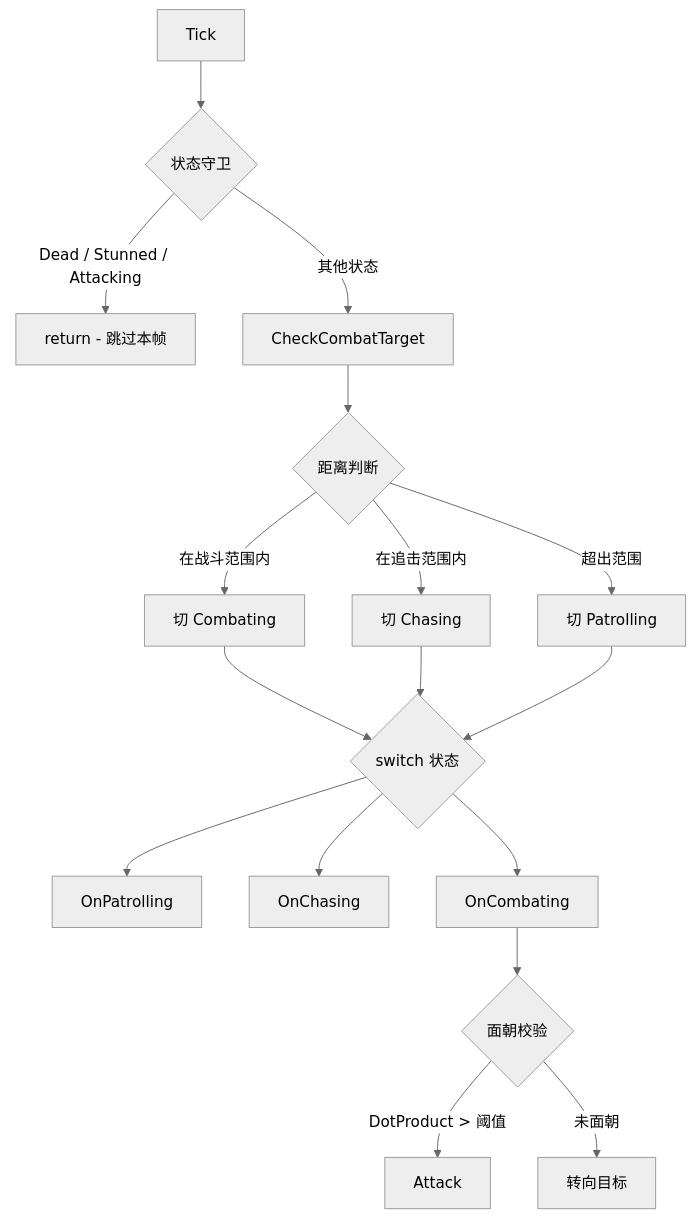
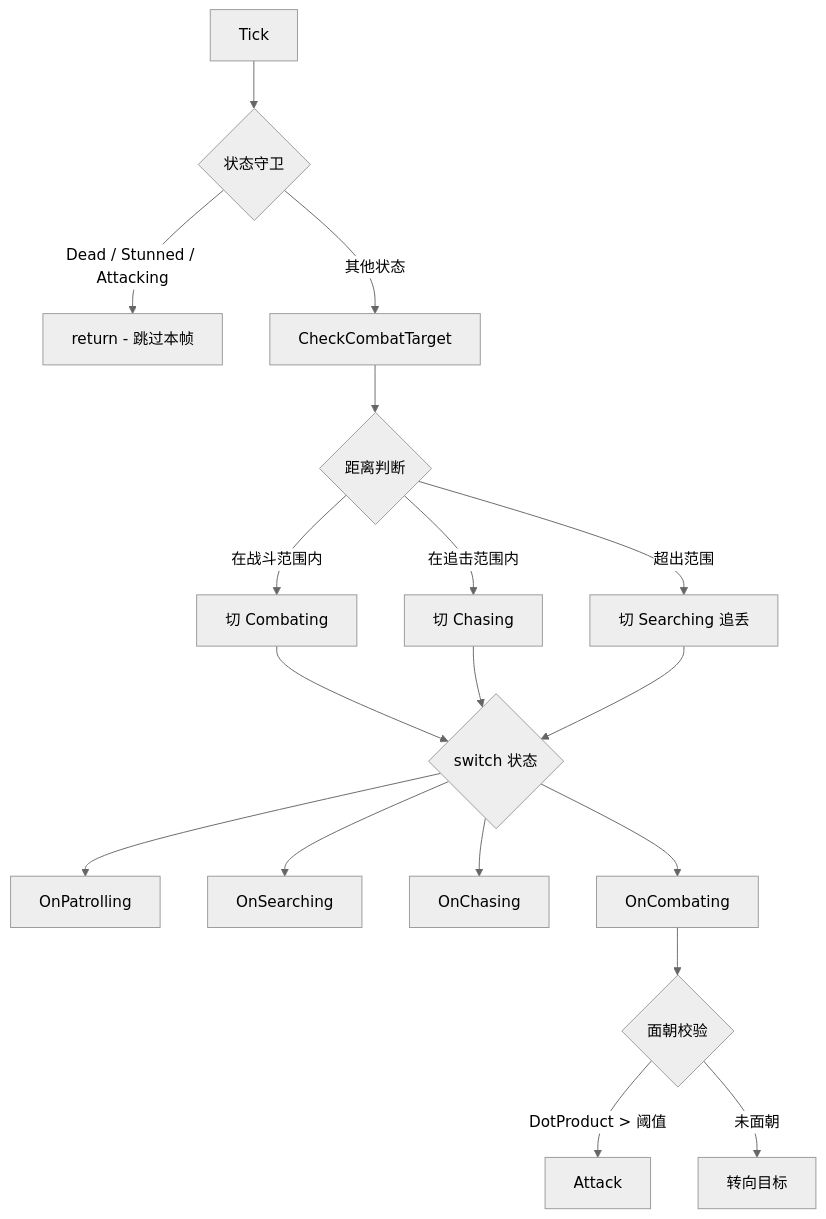
The fifth of 6 diagrams in README.md (Kulahala/UE5-Soulslike-Combat), drawn with Mermaid (neutral theme) before and after one commit. The commit also changed other lines of this file and 4 other files, not shown here.

````diff
--- a/README.md
+++ b/README.md
@@ -217,19 +224,20 @@
 ```mermaid
 flowchart TD
     A[Tick] --> B{状态守卫}
     B -->|Dead / Stunned / Attacking| C[return - 跳过本帧]
     B -->|其他状态| D[CheckCombatTarget]
     D --> E{距离判断}
     E -->|在战斗范围内| F[切 Combating]
     E -->|在追击范围内| G[切 Chasing]
-    E -->|超出范围| H[切 Patrolling]
+    E -->|超出范围| H[切 Searching 追丢]
     F --> I{switch 状态}
     G --> I
     H --> I
     I --> J[OnPatrolling]
-    I --> K[OnChasing]
-    I --> L[OnCombating]
-    L --> M{面朝校验}
-    M -->|DotProduct > 阈值| N[Attack]
-    M -->|未面朝| O[转向目标]
+    I --> K[OnSearching]
+    I --> L[OnChasing]
+    I --> M[OnCombating]
+    M --> N{面朝校验}
+    N -->|DotProduct > 阈值| O[Attack]
+    N -->|未面朝| P[转向目标]
 ```
````
